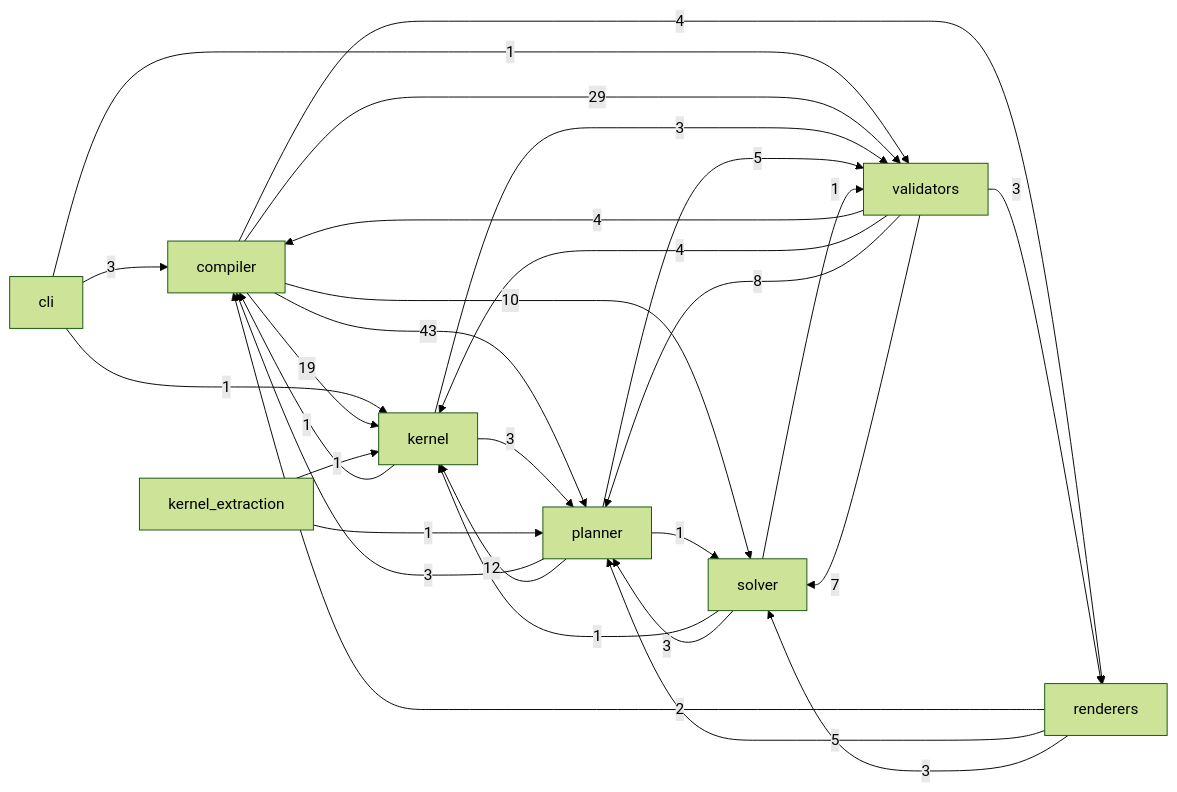
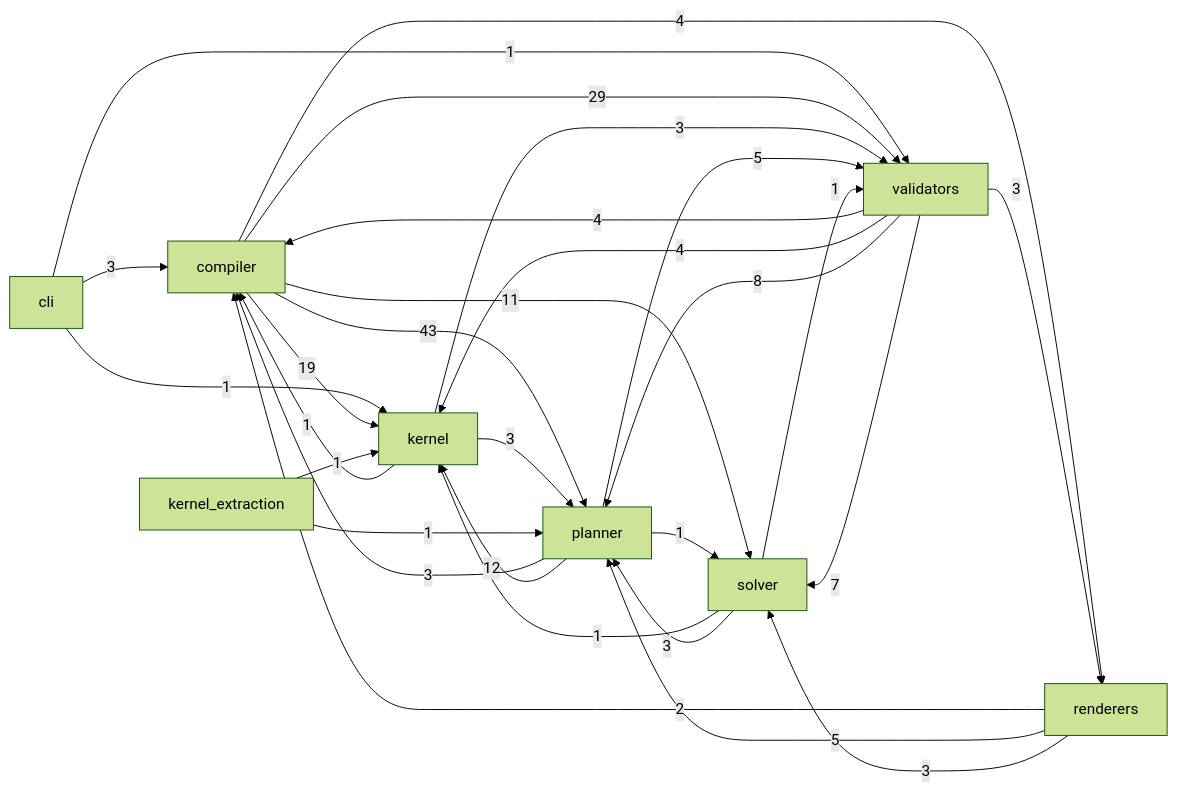
Before and after one commit to Kingsley-Cyber/cinematic-compiler-core: the diagram in docs/reference/code.md, drawn with Mermaid (forest theme). The commit also changed other lines of this file and 60 other files, not shown here.

````diff
--- a/docs/reference/code.md
+++ b/docs/reference/code.md
@@ -15,31 +15,31 @@
 ```mermaid
 flowchart LR
   cli -->|3| compiler
   cli -->|1| kernel
   cli -->|1| validators
   compiler -->|19| kernel
   compiler -->|43| planner
   compiler -->|4| renderers
-  compiler -->|10| solver
+  compiler -->|11| solver
   compiler -->|29| validators
   kernel -->|1| compiler
   kernel -->|3| planner
   kernel -->|3| validators
   kernel_extraction -->|1| kernel
   kernel_extraction -->|1| planner
   planner -->|3| compiler
   planner -->|12| kernel
   planner -->|1| solver
   planner -->|5| validators
   renderers -->|2| compiler
   renderers -->|5| planner
   renderers -->|3| solver
   solver -->|1| kernel
   solver -->|3| planner
   solver -->|1| validators
   validators -->|4| compiler
   validators -->|4| kernel
   validators -->|8| planner
   validators -->|3| renderers
   validators -->|7| solver
 ```
````
